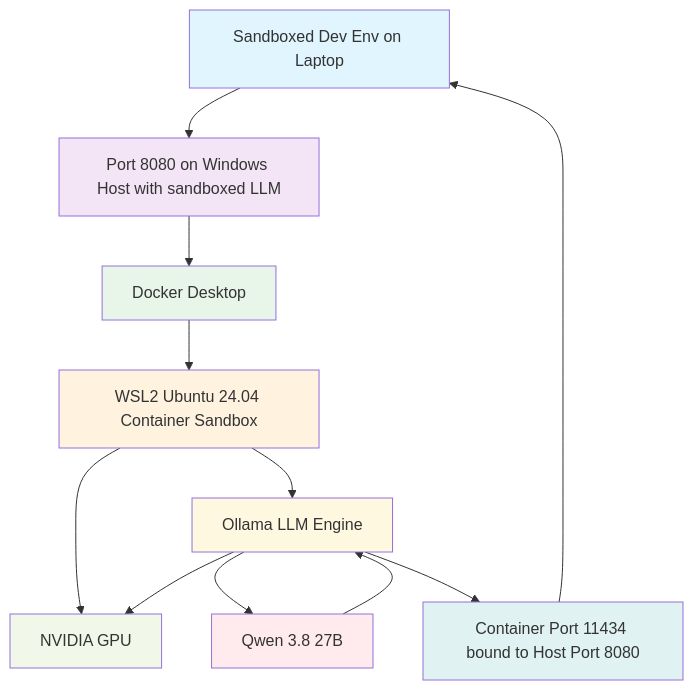
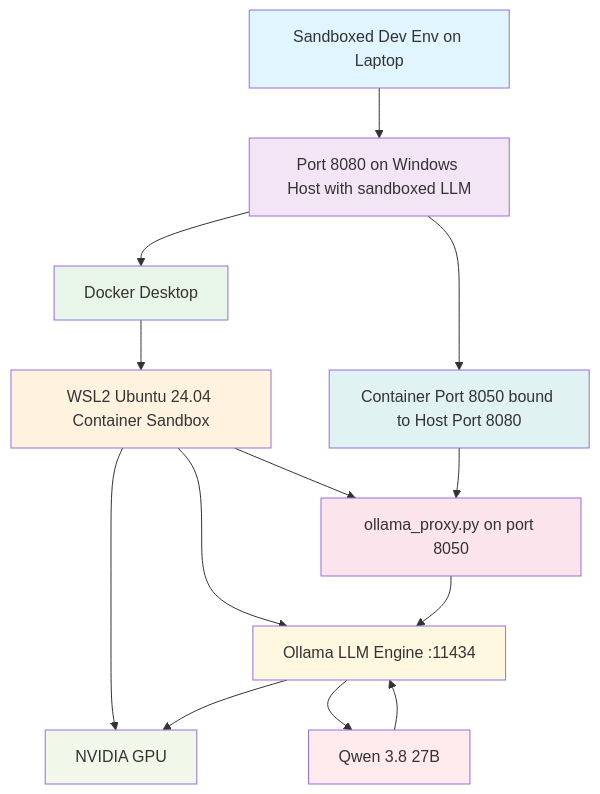
Before and after one commit to Bureau-Of-Control/ContainmentProcedures: the diagram in local_llm_setup.md, drawn with Mermaid. The commit also changed other lines of this file and 2 other files, not shown here.

Commit message:
FBC:01.004: Expanded the setup guide with proxy which allows different reasoning levels. Added proxy script utility/ollama_proxy.py

````diff
--- a/local_llm_setup.md
+++ b/local_llm_setup.md
@@ -9,22 +9,25 @@
 ```mermaid
 graph TD
     A[Sandboxed Dev Env on Laptop] --> B[Port 8080 on Windows Host with sandboxed LLM]
     B --> C[Docker Desktop]
     C --> D[WSL2 Ubuntu 24.04 Container Sandbox]
     D --> F[NVIDIA GPU]
-    D --> G[Ollama LLM Engine]
+    D --> P[ollama_proxy.py on port 8050]
+    D --> G[Ollama LLM Engine :11434]
     G --> F
     G --> H[Qwen 3.8 27B]
     H --> G
-    G --> I[Container Port 11434 bound to Host Port 8080]
-    I --> A
+    P --> G
+    B --> I[Container Port 8050 bound to Host Port 8080]
+    I --> P
 
     style A fill:#e1f5fe
     style B fill:#f3e5f5
     style C fill:#e8f5e9
     style D fill:#fff3e0
     style F fill:#f1f8e9
     style G fill:#fff8e1
     style H fill:#ffebee
     style I fill:#e0f2f1
+    style P fill:#fce4ec
 ```
````
